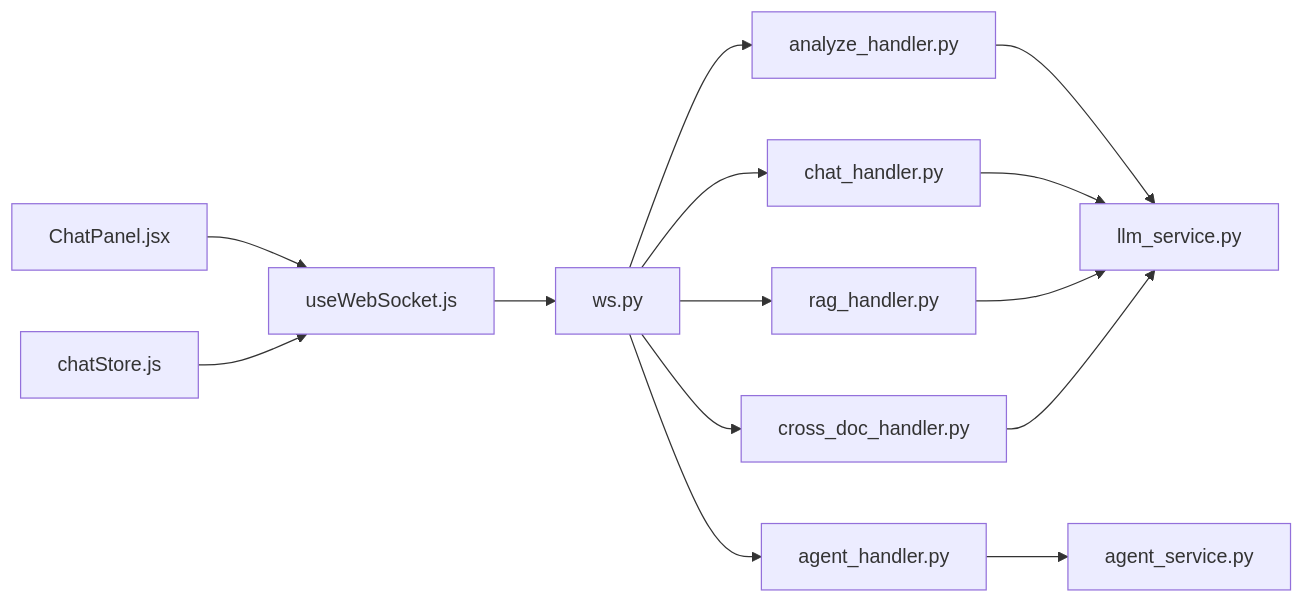
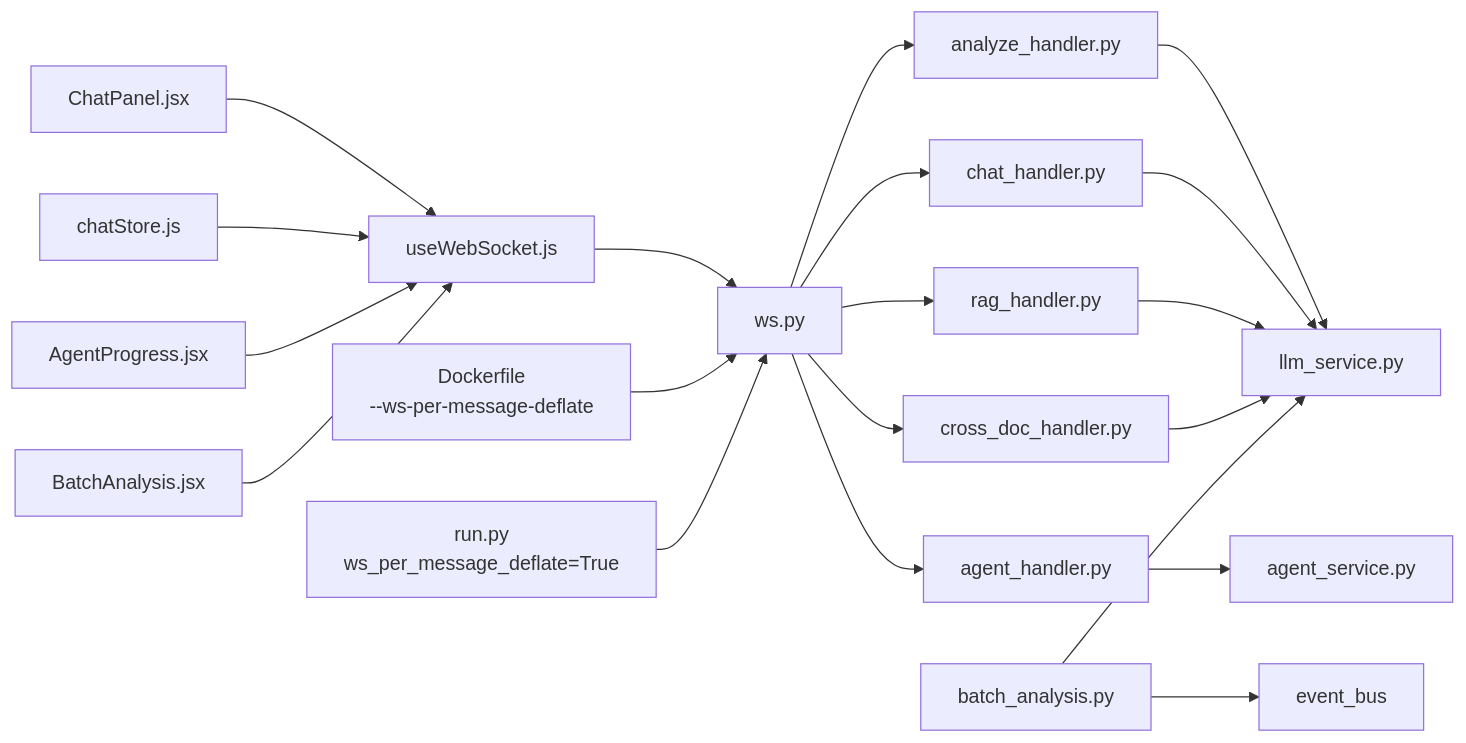
The eighth of 8 diagrams in .qoder/repowiki/zh/content/WebSocket 通信协议/WebSocket 通信协议.md (laohanhahaha/PaperChat), drawn with Mermaid before and after one commit. The commit also changed other lines of this file and 59 other files, not shown here.

````diff
--- a/.qoder/repowiki/zh/content/WebSocket 通信协议/WebSocket 通信协议.md
+++ b/.qoder/repowiki/zh/content/WebSocket 通信协议/WebSocket 通信协议.md
@@ -374,16 +473,22 @@
 ```mermaid
 graph LR
 WS["ws.py"] --> AH["analyze_handler.py"]
 WS --> CH["chat_handler.py"]
 WS --> RH["rag_handler.py"]
 WS --> XH["cross_doc_handler.py"]
 WS --> AGH["agent_handler.py"]
 AH --> LLM["llm_service.py"]
 CH --> LLM
 RH --> LLM
 XH --> LLM
 AGH --> AGS["agent_service.py"]
+BA["batch_analysis.py"] --> LLM
+BA --> EB["event_bus"]
 FE["useWebSocket.js"] --> WS
 FE_UI["ChatPanel.jsx"] --> FE
 FE_STORE["chatStore.js"] --> FE
+FE_AGENT["AgentProgress.jsx"] --> FE
+FE_BATCH["BatchAnalysis.jsx"] --> FE
+DOCKER["Dockerfile<br/>--ws-per-message-deflate"] --> WS
+RUN["run.py<br/>ws_per_message_deflate=True"] --> WS
 ```
````
